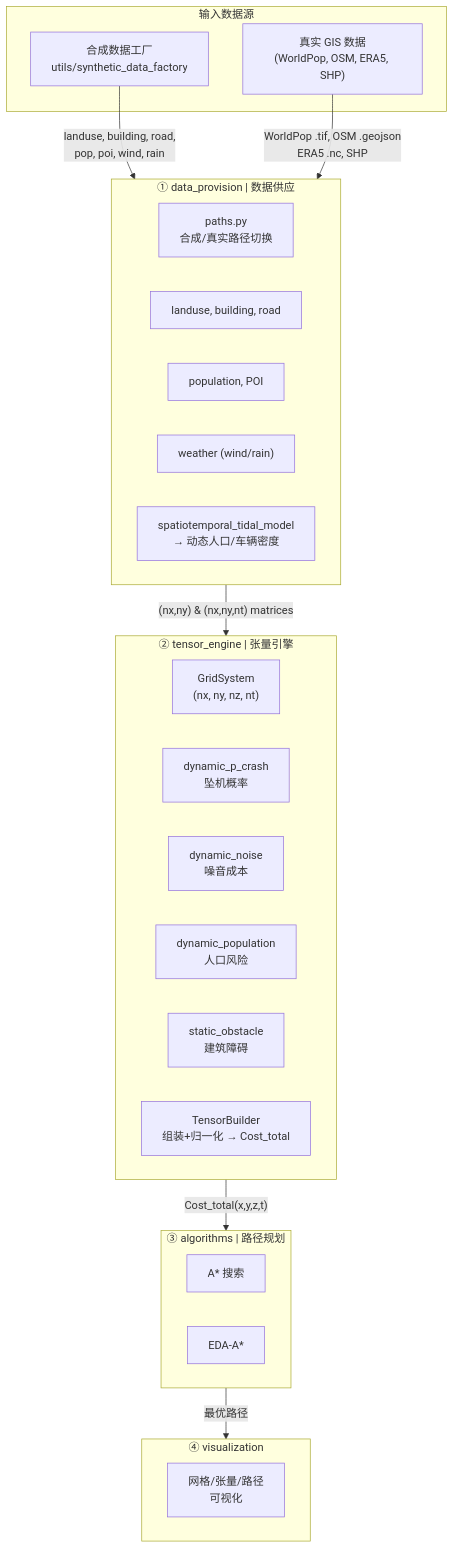
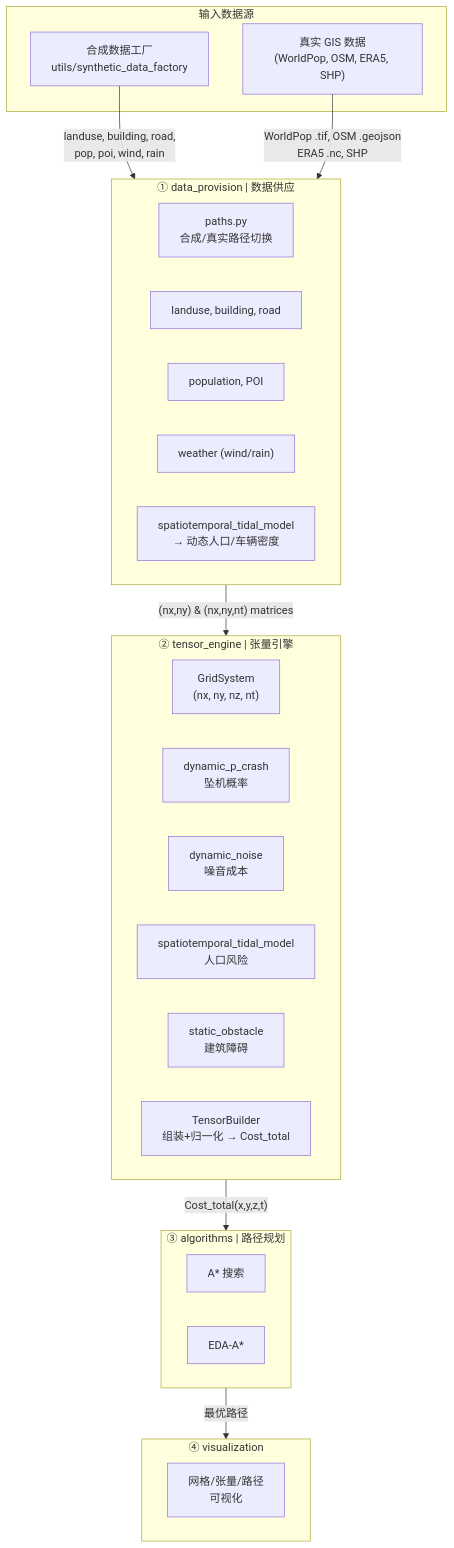
The first of 2 diagrams in methods/spatiotemporal_heterogeneity/docs/PROJECT_SPEC.md (909347194/Risk-Path), drawn with Mermaid before and after one commit. The commit also changed other lines of this file and 13 other files, not shown here.

````diff
--- a/methods/spatiotemporal_heterogeneity/docs/PROJECT_SPEC.md
+++ b/methods/spatiotemporal_heterogeneity/docs/PROJECT_SPEC.md
@@ -36,41 +36,41 @@
 ```mermaid
 flowchart TD
     subgraph Input["输入数据源"]
         REAL["真实 GIS 数据<br/>(WorldPop, OSM, ERA5, SHP)"]
         SYNF["合成数据工厂<br/>utils/synthetic_data_factory"]
     end
 
     subgraph DP["① data_provision | 数据供应"]
         PL["paths.py<br/>合成/真实路径切换"]
         direction LR
         L["landuse, building, road"]
         P["population, POI"]
         W["weather (wind/rain)"]
         TDL["spatiotemporal_tidal_model<br/>→ 动态人口/车辆密度"]
     end
 
     subgraph TE["② tensor_engine | 张量引擎"]
         G["GridSystem<br/>(nx, ny, nz, nt)"]
         direction LR
         DC["dynamic_p_crash<br/>坠机概率"]
         DN["dynamic_noise<br/>噪音成本"]
-        DP2["dynamic_population<br/>人口风险"]
+        DP2["spatiotemporal_tidal_model<br/>人口风险"]
         ST["static_obstacle<br/>建筑障碍"]
         TB["TensorBuilder<br/>组装+归一化 → Cost_total"]
     end
 
     subgraph ALG["③ algorithms | 路径规划"]
         AS["A* 搜索"]
         EDA["EDA-A*"]
     end
 
     subgraph VIZ["④ visualization"]
         VG["网格/张量/路径<br/>可视化"]
     end
 
     SYNF -->|"landuse, building, road,<br/>pop, poi, wind, rain"| DP
     REAL -->|"WorldPop .tif, OSM .geojson<br/>ERA5 .nc, SHP"| DP
     DP -->|"(nx,ny) & (nx,ny,nt) matrices"| TE
     TE -->|"Cost_total(x,y,z,t)"| ALG
     ALG -->|"最优路径"| VIZ
 ```
````
